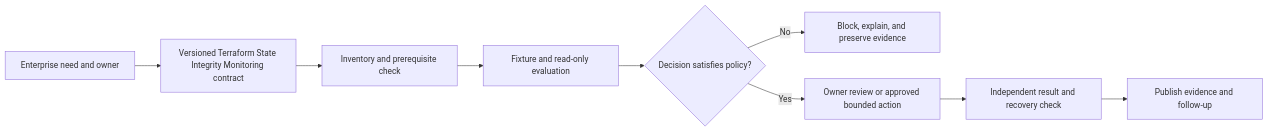
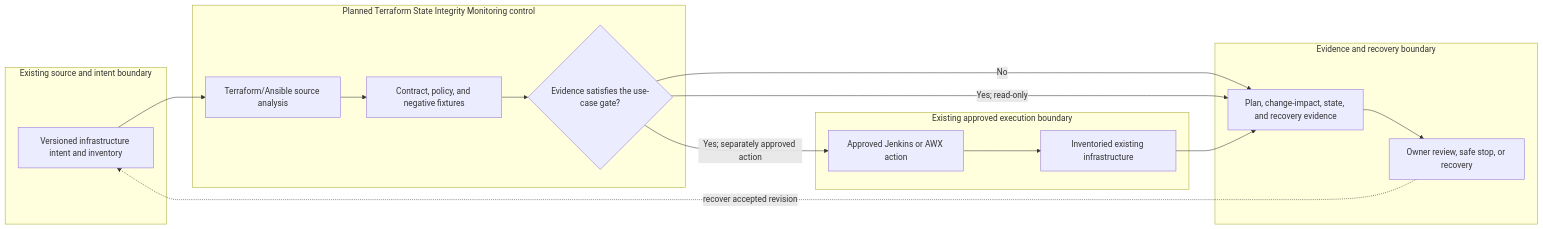
Before and after one commit to MIDHTECH/enterprise-architecture-docs: the diagram in docs/use-cases/infrastructure/UC-INFRA-009-terraform-state-integrity-monitoring.md, drawn with Mermaid. The commit also changed other lines of this file and 227 other files, not shown here.

Commit message:
Deepen architecture for all use case designs

````diff
--- a/docs/use-cases/infrastructure/UC-INFRA-009-terraform-state-integrity-monitoring.md
+++ b/docs/use-cases/infrastructure/UC-INFRA-009-terraform-state-integrity-monitoring.md
@@ -136,11 +129,25 @@
 ```mermaid
 flowchart LR
-    Need["Enterprise need and owner"] --> Contract["Versioned Terraform State Integrity Monitoring contract"]
-    Contract --> Preflight["Inventory and prerequisite check"]
-    Preflight --> Evaluate["Fixture and read-only evaluation"]
-    Evaluate --> Decision{"Decision satisfies policy?"}
-    Decision -->|No| Stop["Block, explain, and preserve evidence"]
-    Decision -->|Yes| Review["Owner review or approved bounded action"]
-    Review --> Verify["Independent result and recovery check"]
-    Verify --> Publish["Publish evidence and follow-up"]
+    subgraph Source["Existing source and intent boundary"]
+        A["Versioned infrastructure intent and inventory"]
+    end
+    subgraph Planned["Planned Terraform State Integrity Monitoring control"]
+        B["Terraform/Ansible source analysis"]
+        C["Contract, policy, and negative fixtures"]
+        D{"Evidence satisfies the use-case gate?"}
+    end
+    subgraph Runtime["Existing approved execution boundary"]
+        E["Approved Jenkins or AWX action"]
+        F["Inventoried existing infrastructure"]
+    end
+    subgraph Assurance["Evidence and recovery boundary"]
+        G["Plan, change-impact, state, and recovery evidence"]
+        H["Owner review, safe stop, or recovery"]
+    end
+
+    A --> B --> C --> D
+    D -->|No| G --> H
+    D -->|Yes; read-only| G
+    D -->|Yes; separately approved action| E --> F --> G
+    H -. recover accepted revision .-> A
 ```
````
